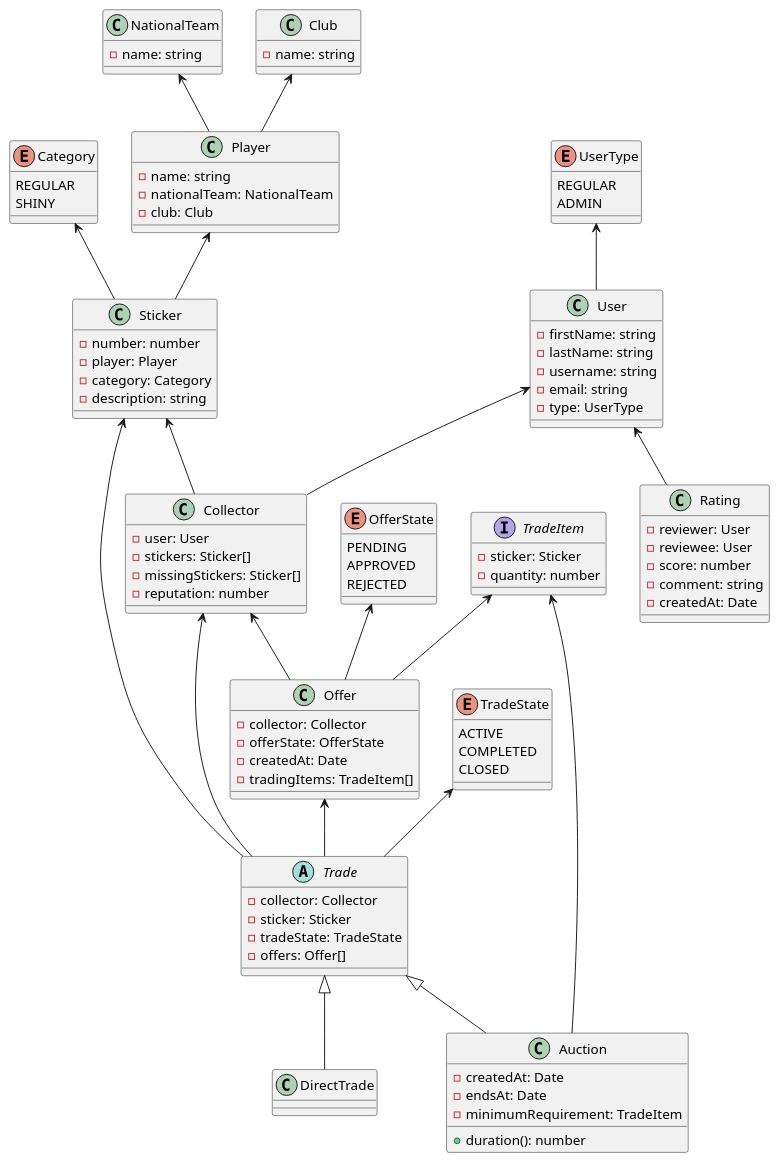
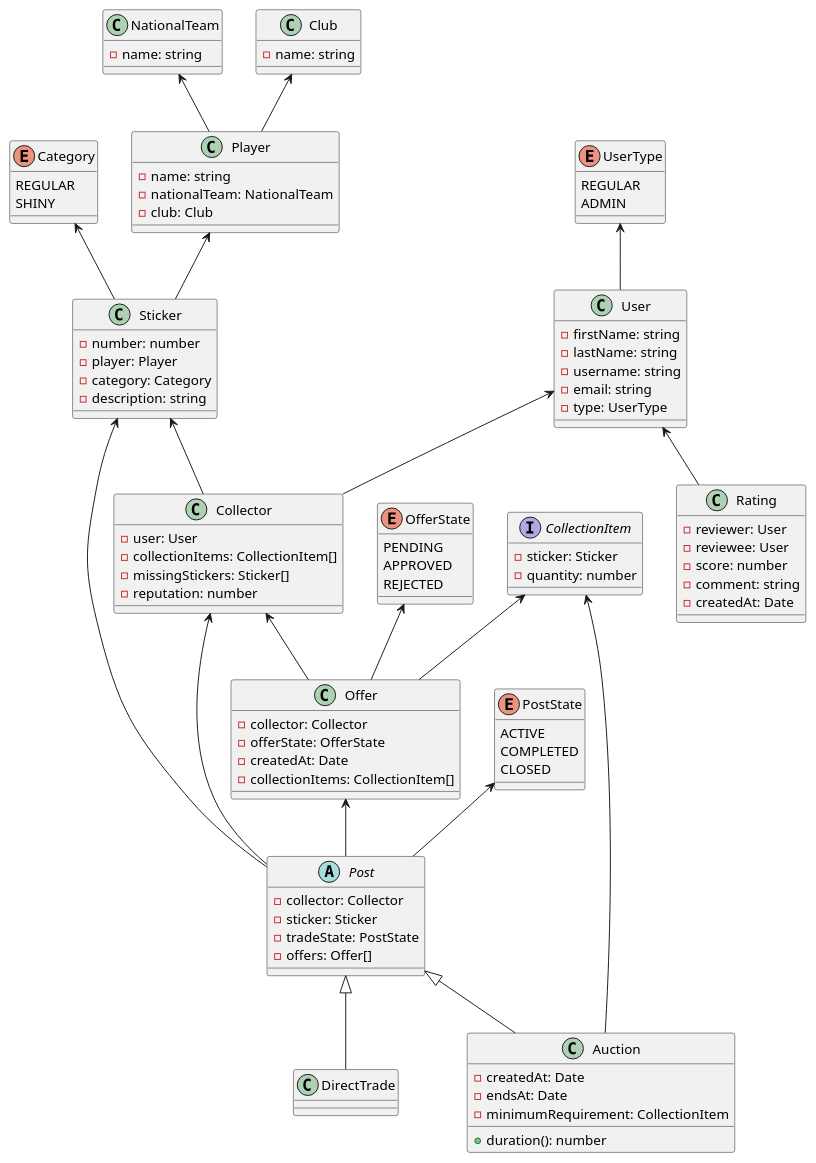
The diagram in backend/class_diagram.puml (AgustinCarlanaRivero/tacs-grupo-1), drawn with PlantUML before and after one commit. The commit also changed 11 other files, not shown here.

Commit message:
Cambios diagrama clases dominio

```diff
--- a/backend/class_diagram.puml
+++ b/backend/class_diagram.puml
@@ -1,124 +1,124 @@
 @startuml class_diagram
 
 enum Category {
   REGULAR
   SHINY
 }
 
 enum UserType {
   REGULAR
   ADMIN
 }
 
 enum OfferState {
   PENDING
   APPROVED
   REJECTED
 }
 
-enum TradeState {
+enum PostState {
   ACTIVE
   COMPLETED
   CLOSED
 }
 
 class NationalTeam {
   -name: string
 }
 
 class Club {
   -name: string
 }
 
 class Player {
   -name: string
   -nationalTeam: NationalTeam
   -club: Club
 }
 
 class Sticker {
   -number: number
   -player: Player
   -category: Category
   -description: string
 }
 
 class User {
   -firstName: string
   -lastName: string
   -username: string
   -email: string
   -type: UserType
 }
 
 class Collector {
   -user: User
-  -stickers: Sticker[]
+  -collectionItems: CollectionItem[]
   -missingStickers: Sticker[]
   -reputation: number
 }
 
 class Rating {
   -reviewer: User
   -reviewee: User
   -score: number
   -comment: string
   -createdAt: Date
 }
 
-interface TradeItem { 
+interface CollectionItem { 
   -sticker: Sticker
   -quantity: number
 }
 
 class Offer {
   -collector: Collector
   -offerState: OfferState
   -createdAt: Date
-  -tradingItems: TradeItem[]
+  -collectionItems: CollectionItem[]
 }
 
-abstract class Trade {
+abstract class Post {
   -collector: Collector
   -sticker: Sticker
-  -tradeState: TradeState
+  -tradeState: PostState
   -offers: Offer[]
 }
 
 class DirectTrade
 
 class Auction {
   -createdAt: Date
   -endsAt: Date
-  -minimumRequirement: TradeItem
+  -minimumRequirement: CollectionItem
   +duration(): number
 }
 
 NationalTeam <-- Player
 Club <-- Player
 
 Player <-- Sticker
 Category <-- Sticker
 
 User <-- Collector
 Sticker <-- Collector
 
 User <-- Rating
 
 UserType <-- User
 
 Collector <-- Offer
-TradeItem <-- Offer
+CollectionItem <-- Offer
 OfferState <-- Offer
 
-Collector <-- Trade
-Sticker <-- Trade
-Offer <-- Trade
-TradeState <-- Trade
+Collector <-- Post
+Sticker <-- Post
+Offer <-- Post
+PostState <-- Post
 
-Trade <|-- DirectTrade
-Trade <|-- Auction
+Post <|-- DirectTrade
+Post <|-- Auction
 
-TradeItem <-- Auction
+CollectionItem <-- Auction
 
 @enduml
```
